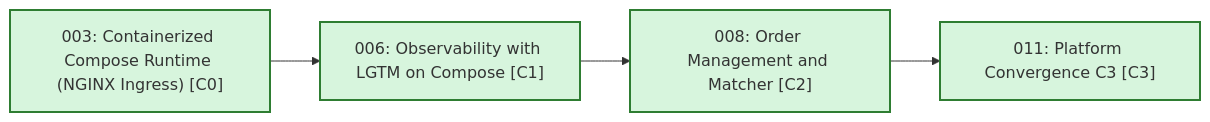
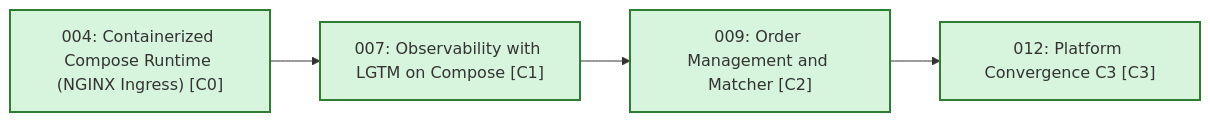
One commit to finos/traderX changed the first of 3 diagrams in docs/learning-paths/index.md. Above: the diagram before and after it, drawn with Mermaid. The commit also changed other lines of this file and 582 other files, not shown here.

````diff
--- a/docs/learning-paths/index.md
+++ b/docs/learning-paths/index.md
@@ -14,19 +14,19 @@
 ```mermaid
 flowchart LR
-  S003_containerized_compose_runtime["003: Containerized Compose Runtime (NGINX Ingress) [C0]"]
-  S006_observability_lgtm_compose["006: Observability with LGTM on Compose [C1]"]
-  S008_order_management_matcher["008: Order Management and Matcher [C2]"]
-  S011_platform_convergence_c3["011: Platform Convergence C3 [C3]"]
-  S003_containerized_compose_runtime --> S006_observability_lgtm_compose
-  S006_observability_lgtm_compose --> S008_order_management_matcher
-  S008_order_management_matcher --> S011_platform_convergence_c3
-  click S003_containerized_compose_runtime href "/specs/containerized-compose-runtime" "Open 003-containerized-compose-runtime"
-  click S006_observability_lgtm_compose href "/specs/observability-lgtm-compose" "Open 006-observability-lgtm-compose"
-  click S008_order_management_matcher href "/specs/order-management-matcher" "Open 008-order-management-matcher"
-  click S011_platform_convergence_c3 href "/specs/platform-convergence-c3" "Open 011-platform-convergence-c3"
+  S004_containerized_compose_runtime["004: Containerized Compose Runtime (NGINX Ingress) [C0]"]
+  S007_observability_lgtm_compose["007: Observability with LGTM on Compose [C1]"]
+  S009_order_management_matcher["009: Order Management and Matcher [C2]"]
+  S012_platform_convergence_c3["012: Platform Convergence C3 [C3]"]
+  S004_containerized_compose_runtime --> S007_observability_lgtm_compose
+  S007_observability_lgtm_compose --> S009_order_management_matcher
+  S009_order_management_matcher --> S012_platform_convergence_c3
+  click S004_containerized_compose_runtime href "/specs/containerized-compose-runtime" "Open 004-containerized-compose-runtime"
+  click S007_observability_lgtm_compose href "/specs/observability-lgtm-compose" "Open 007-observability-lgtm-compose"
+  click S009_order_management_matcher href "/specs/order-management-matcher" "Open 009-order-management-matcher"
+  click S012_platform_convergence_c3 href "/specs/platform-convergence-c3" "Open 012-platform-convergence-c3"
   classDef convergence fill:#d7f5dd,stroke:#2e7d32,stroke-width:2px
-  class S003_containerized_compose_runtime convergence
-  class S006_observability_lgtm_compose convergence
-  class S008_order_management_matcher convergence
-  class S011_platform_convergence_c3 convergence
+  class S004_containerized_compose_runtime convergence
+  class S007_observability_lgtm_compose convergence
+  class S009_order_management_matcher convergence
+  class S012_platform_convergence_c3 convergence
 ```
````
